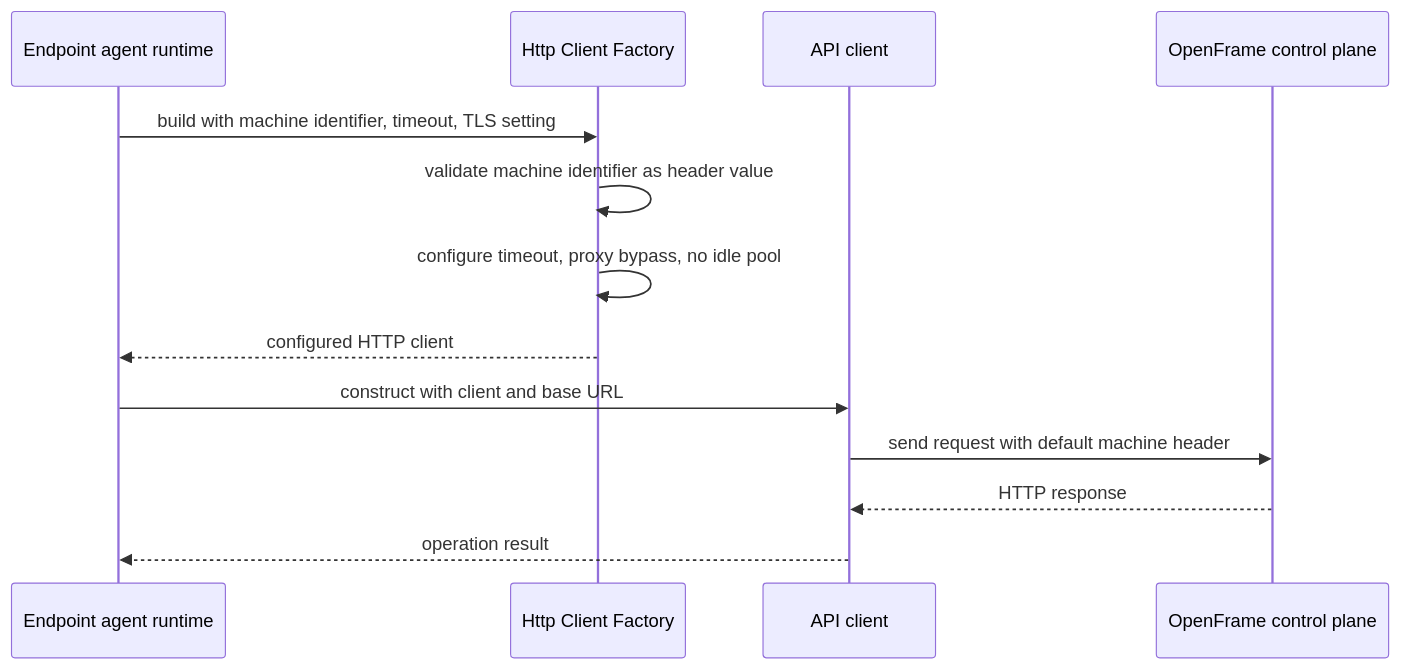
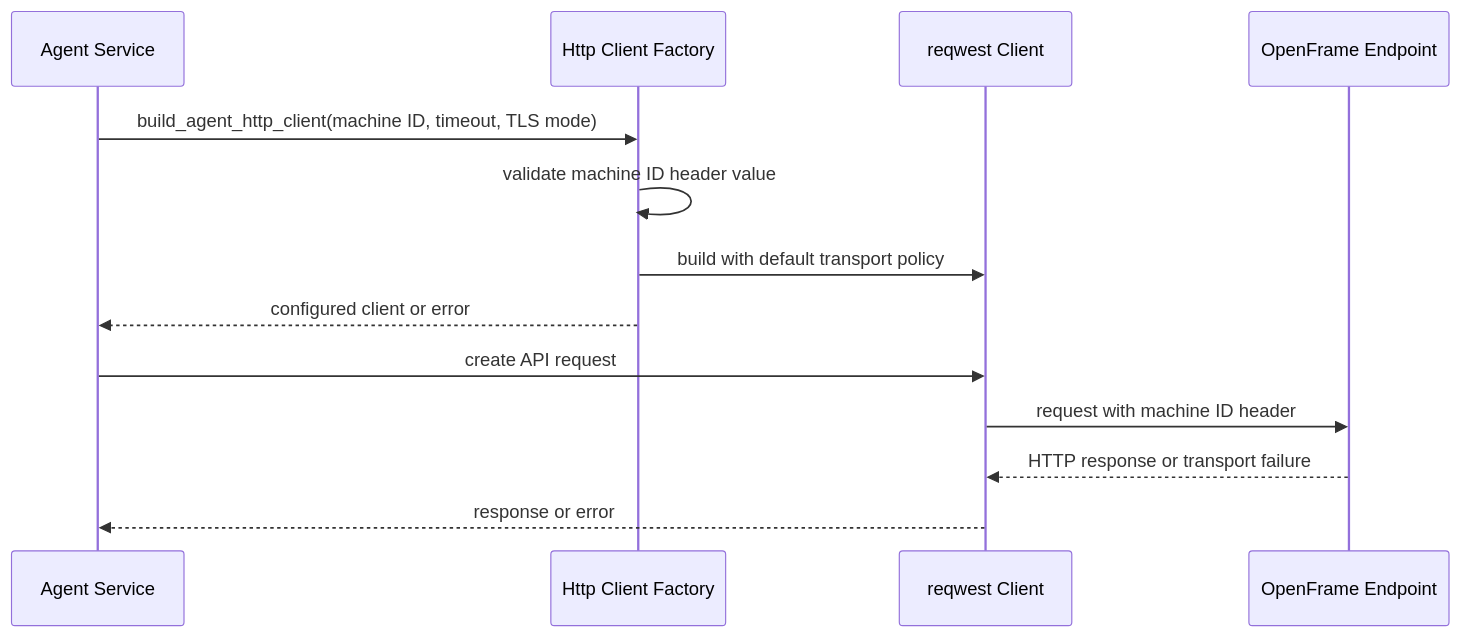
The third of 3 diagrams in docs/reference/architecture/openframe-client-core/http-client-factory/http-client-factory.md (flamingo-stack/openframe-oss-tenant), drawn with Mermaid before and after one commit. The commit also changed other lines of this file and 2377 other files, not shown here.

````diff
--- a/docs/reference/architecture/openframe-client-core/http-client-factory/http-client-factory.md
+++ b/docs/reference/architecture/openframe-client-core/http-client-factory/http-client-factory.md
@@ -58,15 +94,15 @@
 ```mermaid
 sequenceDiagram
-    participant Runtime as Endpoint agent runtime
+    participant Service as Agent Service
     participant Factory as Http Client Factory
-    participant Consumer as API client
-    participant Server as OpenFrame control plane
-    Runtime->>Factory: build with machine identifier, timeout, TLS setting
-    Factory->>Factory: validate machine identifier as header value
-    Factory->>Factory: configure timeout, proxy bypass, no idle pool
-    Factory-->>Runtime: configured HTTP client
-    Runtime->>Consumer: construct with client and base URL
-    Consumer->>Server: send request with default machine header
-    Server-->>Consumer: HTTP response
-    Consumer-->>Runtime: operation result
+    participant Client as reqwest Client
+    participant Api as OpenFrame Endpoint
+    Service->>Factory: build_agent_http_client(machine ID, timeout, TLS mode)
+    Factory->>Factory: validate machine ID header value
+    Factory->>Client: build with default transport policy
+    Factory-->>Service: configured client or error
+    Service->>Client: create API request
+    Client->>Api: request with machine ID header
+    Api-->>Client: HTTP response or transport failure
+    Client-->>Service: response or error
 ```
````
